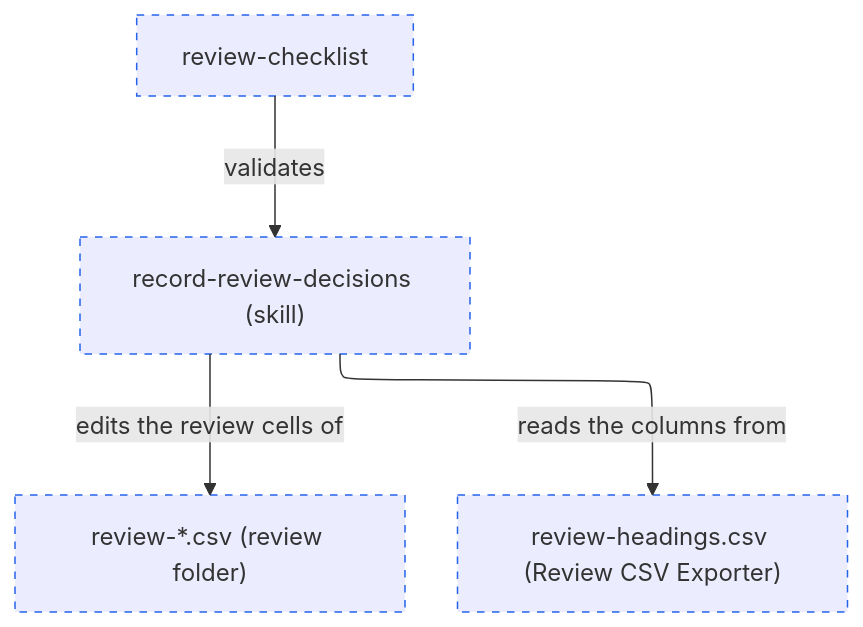
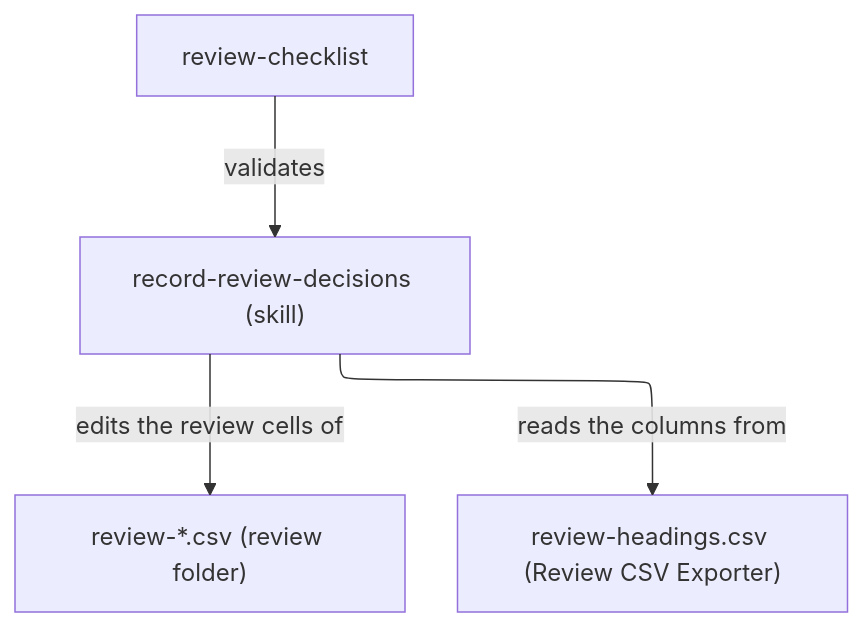
Before and after one commit to vrparthasarathy/migration-job-discovery: the diagram in lead-tracker-skills/review-decisions/README.md, drawn with Mermaid. The commit also changed other lines of this file and 18 other files, not shown here.

Commit message:
Build Review Decisions and Orchestrator Hand-Over.

````diff
--- a/lead-tracker-skills/review-decisions/README.md
+++ b/lead-tracker-skills/review-decisions/README.md
@@ -67,16 +24,15 @@
 ```mermaid
 ---
 config:
   layout: elk
 ---
 %%{init: {"securityLevel": "loose"}}%%
 flowchart TB
-  chk["review-checklist"]:::planned
-  skill["record-review-decisions (skill)"]:::planned
-  files["review-*.csv (review folder)"]:::planned
-  heads["review-headings.csv (Review CSV Exporter)"]:::planned
+  chk["review-checklist"]
+  skill["record-review-decisions (skill)"]
+  files["review-*.csv (review folder)"]
+  heads["review-headings.csv (Review CSV Exporter)"]
   chk -->|"validates"| skill
   skill -->|"edits the review cells of"| files
   skill -->|"reads the columns from"| heads
-  classDef planned stroke-dasharray: 5 5,stroke:#2563eb
 ```
````
